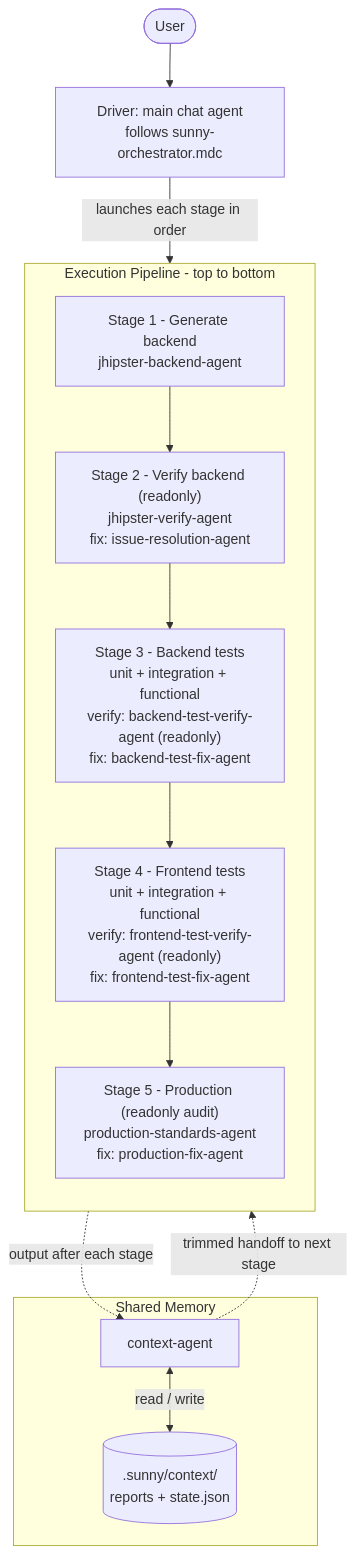
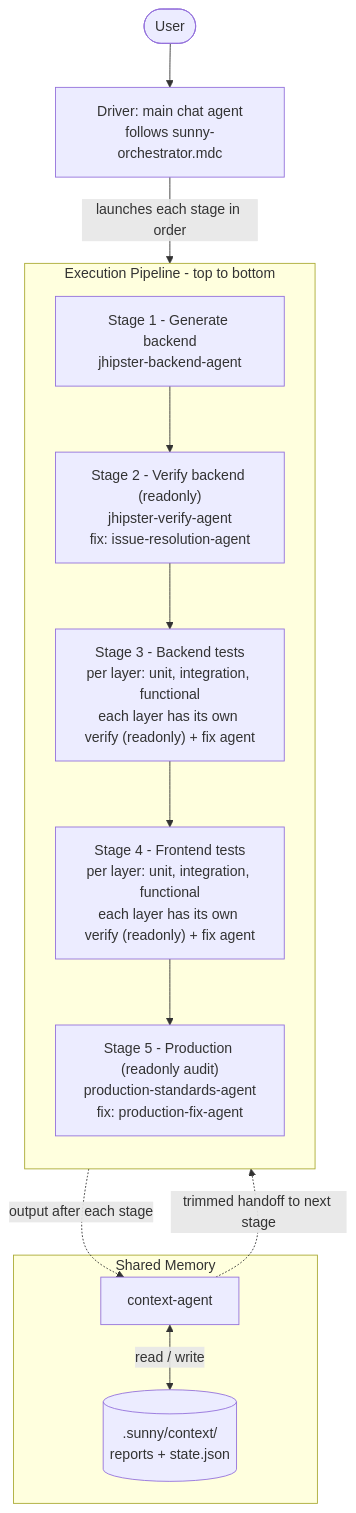
The first of 11 diagrams in .cursor/agents/ARCHITECTURE.md (priyam-qo-box/agents), drawn with Mermaid before and after one commit. The commit also changed other lines of this file and 28 other files, not shown here.

First line of the commit message:
Refactor backend test agents and enhance documentation

````diff
--- a/.cursor/agents/ARCHITECTURE.md
+++ b/.cursor/agents/ARCHITECTURE.md
@@ -13,25 +33,25 @@
 ```mermaid
 flowchart TB
     User([User]) --> Driver["Driver: main chat agent<br/>follows sunny-orchestrator.mdc"]
 
     subgraph pipeline [Execution Pipeline - top to bottom]
         direction TB
         S1["Stage 1 - Generate backend<br/>jhipster-backend-agent"]
         S2["Stage 2 - Verify backend (readonly)<br/>jhipster-verify-agent<br/>fix: issue-resolution-agent"]
-        S3["Stage 3 - Backend tests<br/>unit + integration + functional<br/>verify: backend-test-verify-agent (readonly)<br/>fix: backend-test-fix-agent"]
-        S4["Stage 4 - Frontend tests<br/>unit + integration + functional<br/>verify: frontend-test-verify-agent (readonly)<br/>fix: frontend-test-fix-agent"]
+        S3["Stage 3 - Backend tests<br/>per layer: unit, integration, functional<br/>each layer has its own verify (readonly) + fix agent"]
+        S4["Stage 4 - Frontend tests<br/>per layer: unit, integration, functional<br/>each layer has its own verify (readonly) + fix agent"]
         S5["Stage 5 - Production (readonly audit)<br/>production-standards-agent<br/>fix: production-fix-agent"]
         S1 --> S2 --> S3 --> S4 --> S5
     end
 
     Driver -->|launches each stage in order| pipeline
 
     subgraph memory [Shared Memory]
         Ctx["context-agent"]
         Store[(".sunny/context/<br/>reports + state.json")]
         Ctx <-->|read / write| Store
     end
 
     pipeline -.output after each stage.-> Ctx
     Ctx -.trimmed handoff to next stage.-> pipeline
 ```
````
